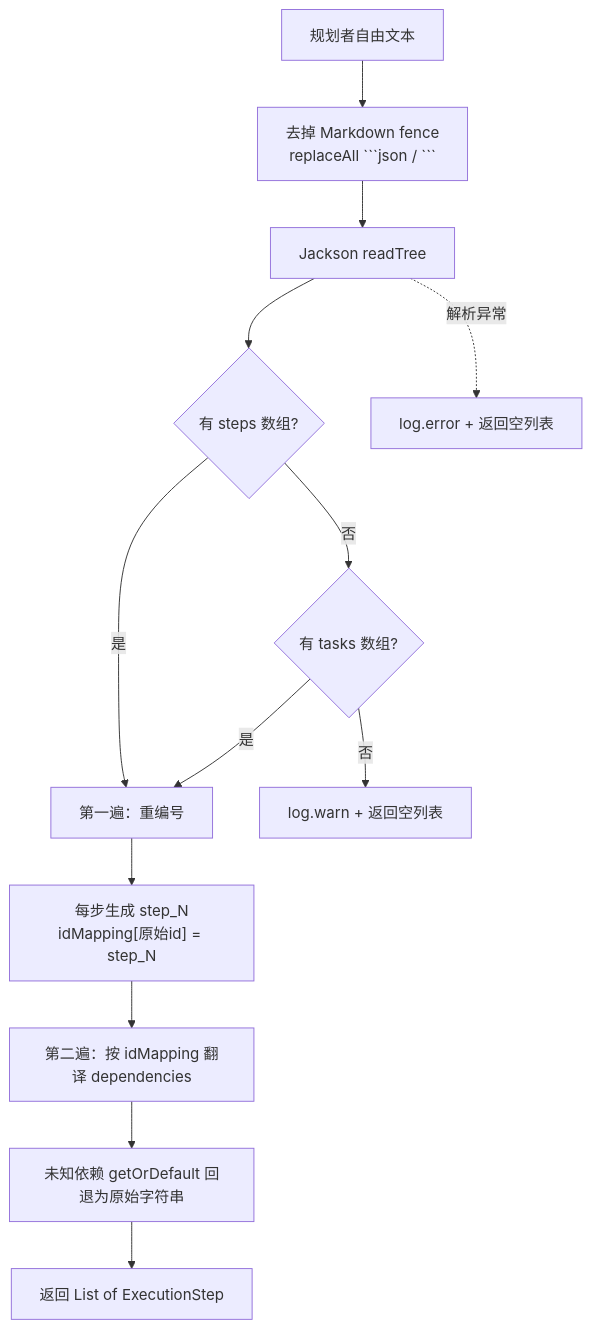
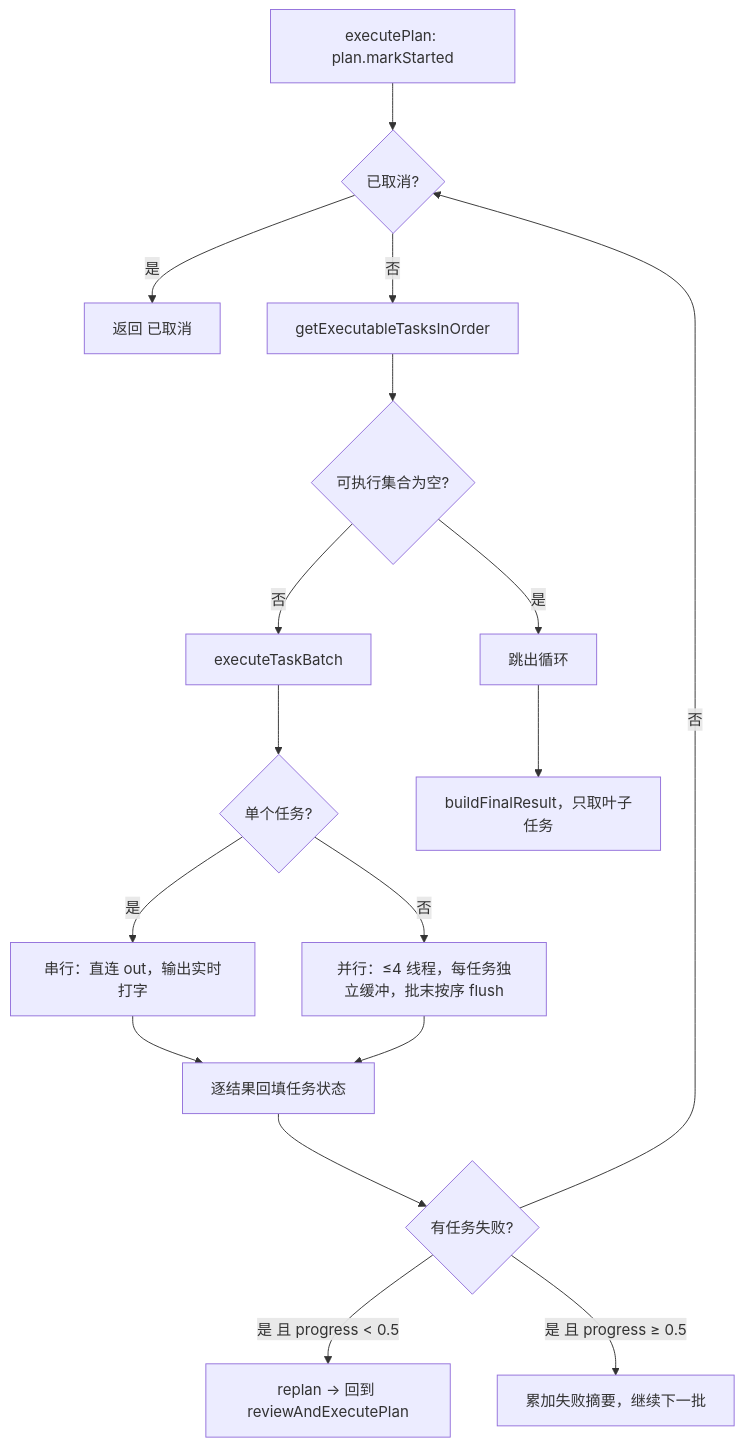
Before and after one commit to zgjdev/Code-Agent: the second of 5 diagrams in docs/dev/03-multi-agent-collaboration.md, drawn with Mermaid. The commit also changed other lines of this file and 42 other files, not shown here.

First line of the commit message:
refactor: unify plan-and-execute with multi-agent collaboration

````diff
--- a/docs/dev/03-multi-agent-collaboration.md
+++ b/docs/dev/03-multi-agent-collaboration.md
@@ -322,15 +376,19 @@
 ```mermaid
 flowchart TD
-    A["规划者自由文本"] --> B["去掉 Markdown fence<br/>replaceAll ```json / ```"]
-    B --> C["Jackson readTree"]
-    C --> D{"有 steps 数组?"}
-    D -- 否 --> E{"有 tasks 数组?"}
-    D -- 是 --> F["第一遍：重编号"]
-    E -- 是 --> F
-    E -- 否 --> G["log.warn + 返回空列表"]
-    F --> H["每步生成 step_N<br/>idMapping[原始id] = step_N"]
-    H --> I["第二遍：按 idMapping 翻译 dependencies"]
-    I --> J["未知依赖 getOrDefault 回退为原始字符串"]
-    J --> K["返回 List of ExecutionStep"]
-    C -. "解析异常" .-> L["log.error + 返回空列表"]
+    A[executePlan: plan.markStarted] --> B{已取消?}
+    B -- 是 --> Z1[返回 已取消]
+    B -- 否 --> C[getExecutableTasksInOrder]
+    C --> D{可执行集合为空?}
+    D -- 是 --> E[跳出循环]
+    D -- 否 --> F[executeTaskBatch]
+    F --> G{单个任务?}
+    G -- 是 --> H[串行：直连 out，输出实时打字]
+    G -- 否 --> I[并行：≤4 线程，每任务独立缓冲，批末按序 flush]
+    H --> J[逐结果回填任务状态]
+    I --> J
+    J --> K{有任务失败?}
+    K -- 是 且 progress < 0.5 --> L[replan → 回到 reviewAndExecutePlan]
+    K -- 是 且 progress ≥ 0.5 --> M[累加失败摘要，继续下一批]
+    K -- 否 --> B
+    E --> N[buildFinalResult，只取叶子任务]
 ```
````
